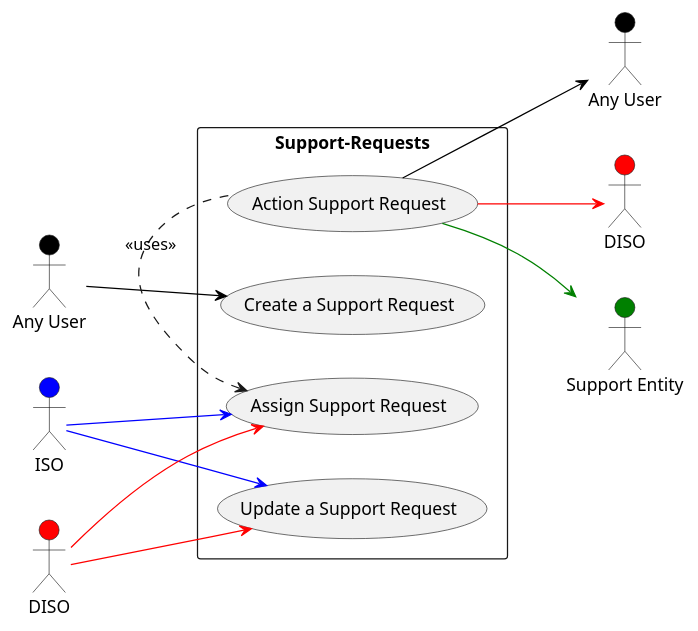
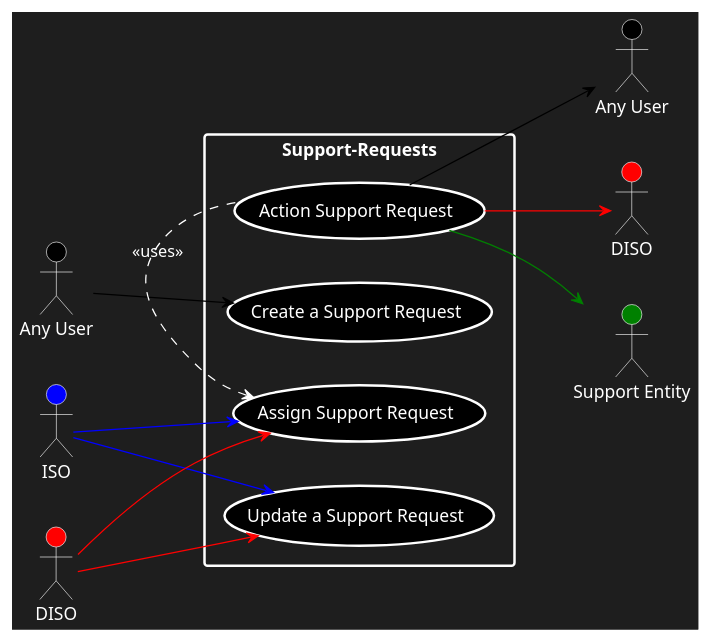
Before and after one commit to COS301-SE-2023/InfoSafe: the diagram in Documentation/Diagrams/Support-Requests.puml, drawn with PlantUML.

Commit message:
Updated Support Requests usecase diagram

```diff
--- a/Documentation/Diagrams/Support-Requests.puml
+++ b/Documentation/Diagrams/Support-Requests.puml
@@ -1,24 +1,25 @@
 @startuml
+skinparam backgroundColor #1e1e1e
 left to right direction
-actor "Any User" as au #black
-actor "Any User" as au2 #black
-actor "ISO" as iso #blue
-actor "DISO" as diso #red
-actor "DISO" as diso2 #red
-actor "Support Entity" as se #green
-rectangle Support-Requests {
-  usecase "Create a Support Request" as UC1
-  usecase "Update a Support Request" as UC2
-  usecase "Assign Support Request" as UC3
-  usecase "Action Support Request" as UC4
+actor "Any User" as au #black;text:white;line:white
+actor "Any User" as au2 #black;text:white;line:white
+actor "ISO" as iso #blue;text:white;line:white
+actor "DISO" as diso #red;text:white;line:white
+actor "DISO" as diso2 #red;text:white;line:white
+actor "Support Entity" as se #green;text:white;line:white
+rectangle Support-Requests #text:white;line.bold;line:white {
+  usecase "Create a Support Request" as UC1 #black;text:white;line.bold;line:white
+  usecase "Update a Support Request" as UC2 #black;text:white;line.bold;line:white
+  usecase "Assign Support Request" as UC3 #black;text:white;line.bold;line:white
+  usecase "Action Support Request" as UC4 #black;text:white;line.bold;line:white
 }
 au -[#black]-> UC1
 UC4 -[#black]-> au2
 iso -[#blue]-> UC2
 iso -[#blue]-> UC3
 diso -[#red]-> UC2
 diso -[#red]-> UC3
 UC4 -[#red]-> diso2
 UC4 -[#green]-> se
-UC3 <. UC4 : <<uses>>
+UC3 <. (UC4) #line:white;text:white : <<uses>>
 @enduml
```
